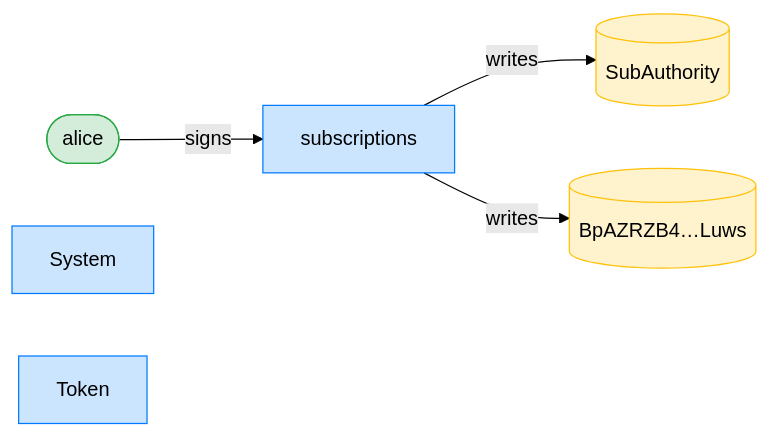
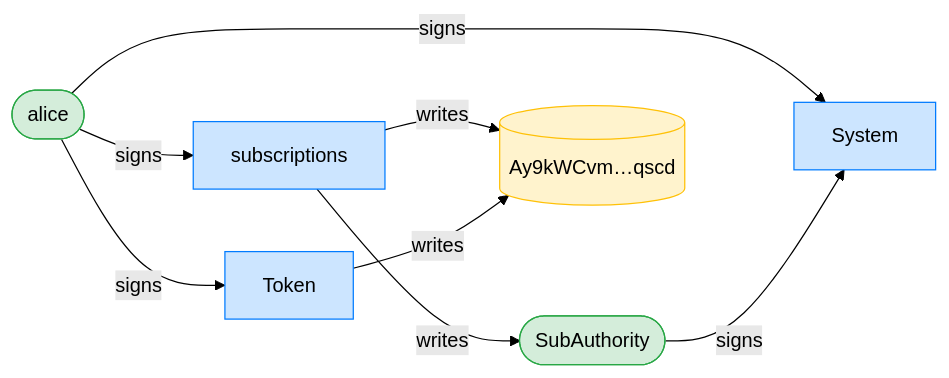
The third of 16 diagrams in dsl_tests/cancel-rejects-an-already-cancelled-subscription.md (cds-rs/subscriptions), drawn with Mermaid (forest theme) before and after one commit. The commit also changed other lines of this file and 224 other files, not shown here.

````diff
--- a/dsl_tests/cancel-rejects-an-already-cancelled-subscription.md
+++ b/dsl_tests/cancel-rejects-an-already-cancelled-subscription.md
@@ -55,15 +56,19 @@
 ```mermaid
 flowchart LR
     classDef signer fill:#d4edda,stroke:#28a745;
     classDef program fill:#cce5ff,stroke:#007bff;
     classDef writable fill:#fff3cd,stroke:#ffc107;
     subscriptions[subscriptions]:::program
     alice([alice]):::signer
-    SubAuthority[(SubAuthority)]:::writable
-    BpAZRZB4_Luws[("BpAZRZB4…Luws")]:::writable
+    SubAuthority([SubAuthority]):::signer
+    Ay9kWCvm_qscd[("Ay9kWCvm…qscd")]:::writable
     System[System]:::program
     Token[Token]:::program
     alice -->|signs| subscriptions
+    alice -->|signs| System
+    SubAuthority -->|signs| System
+    alice -->|signs| Token
     subscriptions -->|writes| SubAuthority
-    subscriptions -->|writes| BpAZRZB4_Luws
+    subscriptions -->|writes| Ay9kWCvm_qscd
+    Token -->|writes| Ay9kWCvm_qscd
 ```
````
